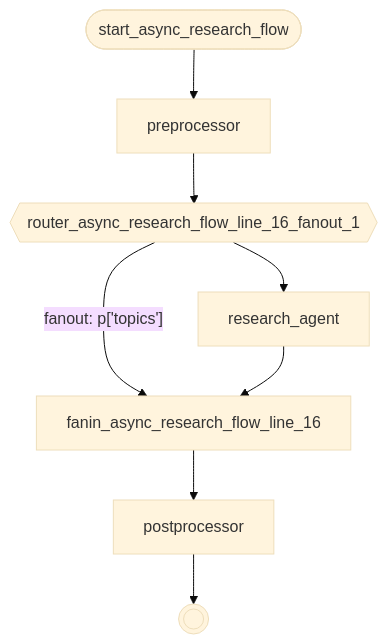
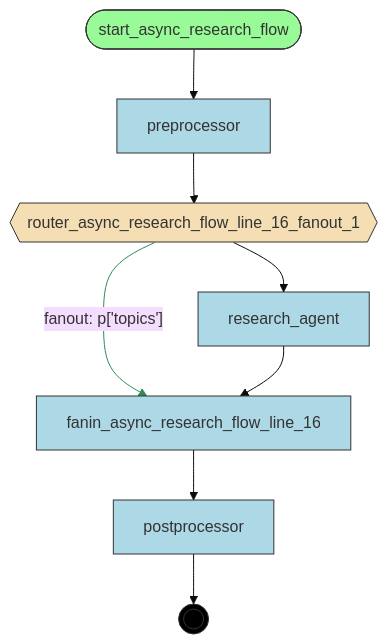
Before and after one commit to deliveryhero/asya: the diagram in examples/flows/compiled/fanout_gather/flow.mmd, drawn with Mermaid (base theme). The commit also changed 99 other files, not shown here.

Commit message:
colors-in-mermaid

```diff
--- a/examples/flows/compiled/fanout_gather/flow.mmd
+++ b/examples/flows/compiled/fanout_gather/flow.mmd
@@ -1,18 +1,28 @@
 flowchart TD
     %% Flow: async_research_flow
 
     fanin_async_research_flow_line_16[fanin_async_research_flow_line_16]
     postprocessor[postprocessor]
     preprocessor[preprocessor]
     research_agent[research_agent]
     router_async_research_flow_line_16_fanout_1{{router_async_research_flow_line_16_fanout_1}}
     start_async_research_flow([start_async_research_flow])
     __end__((( )))
 
     start_async_research_flow --> preprocessor
     preprocessor --> router_async_research_flow_line_16_fanout_1
     router_async_research_flow_line_16_fanout_1 -->|"fanout: p['topics']"| fanin_async_research_flow_line_16
     fanin_async_research_flow_line_16 --> postprocessor
     router_async_research_flow_line_16_fanout_1 --> research_agent
     research_agent --> fanin_async_research_flow_line_16
     postprocessor --> __end__
+
+    classDef entrypoint fill:#98FB98,stroke:#333
+    classDef router fill:#F5DEB3,stroke:#333
+    classDef handler fill:#ADD8E6,stroke:#333
+    classDef endpoint fill:#000,stroke:#333,color:#fff
+    class start_async_research_flow entrypoint
+    class router_async_research_flow_line_16_fanout_1 router
+    class fanin_async_research_flow_line_16,postprocessor,preprocessor,research_agent handler
+    class __end__ endpoint
+    linkStyle 2 stroke:#2E8B57
```
